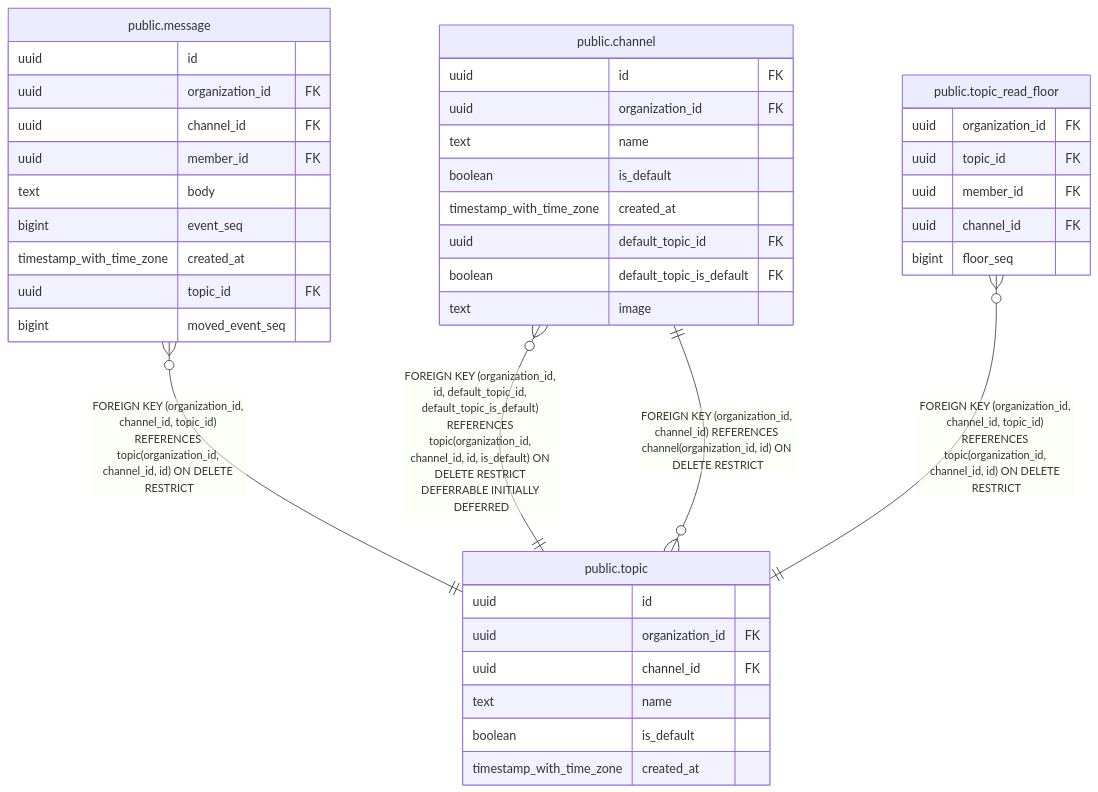
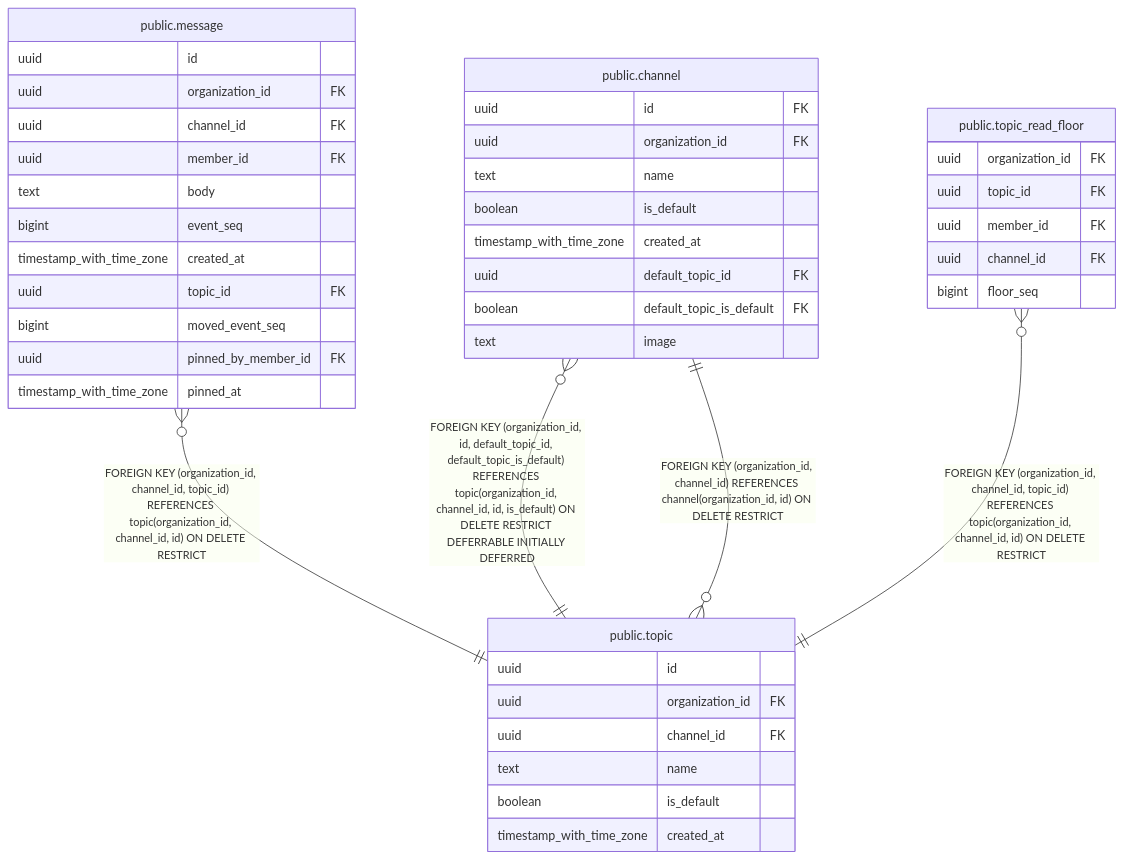
Before and after one commit to tkakkie/ribbitto: the diagram in docs/schema/public.topic.md, drawn with Mermaid. The commit also changed 25 other files, not shown here.

````diff
--- a/docs/schema/public.topic.md
+++ b/docs/schema/public.topic.md
@@ -42,45 +42,47 @@
 ```mermaid
 erDiagram
 
 "public.channel" }o--|| "public.topic" : "FOREIGN KEY (organization_id, id, default_topic_id, default_topic_is_default) REFERENCES topic(organization_id, channel_id, id, is_default) ON DELETE RESTRICT DEFERRABLE INITIALLY DEFERRED"
 "public.message" }o--|| "public.topic" : "FOREIGN KEY (organization_id, channel_id, topic_id) REFERENCES topic(organization_id, channel_id, id) ON DELETE RESTRICT"
 "public.topic_read_floor" }o--|| "public.topic" : "FOREIGN KEY (organization_id, channel_id, topic_id) REFERENCES topic(organization_id, channel_id, id) ON DELETE RESTRICT"
 "public.topic" }o--|| "public.channel" : "FOREIGN KEY (organization_id, channel_id) REFERENCES channel(organization_id, id) ON DELETE RESTRICT"
 
 "public.topic" {
   uuid id
   uuid organization_id FK
   uuid channel_id FK
   text name
   boolean is_default
   timestamp_with_time_zone created_at
 }
 "public.channel" {
   uuid id FK
   uuid organization_id FK
   text name
   boolean is_default
   timestamp_with_time_zone created_at
   uuid default_topic_id FK
   boolean default_topic_is_default FK
   text image
 }
 "public.message" {
   uuid id
   uuid organization_id FK
   uuid channel_id FK
   uuid member_id FK
   text body
   bigint event_seq
   timestamp_with_time_zone created_at
   uuid topic_id FK
   bigint moved_event_seq
+  uuid pinned_by_member_id FK
+  timestamp_with_time_zone pinned_at
 }
 "public.topic_read_floor" {
   uuid organization_id FK
   uuid topic_id FK
   uuid member_id FK
   uuid channel_id FK
   bigint floor_seq
 }
 ```
````
